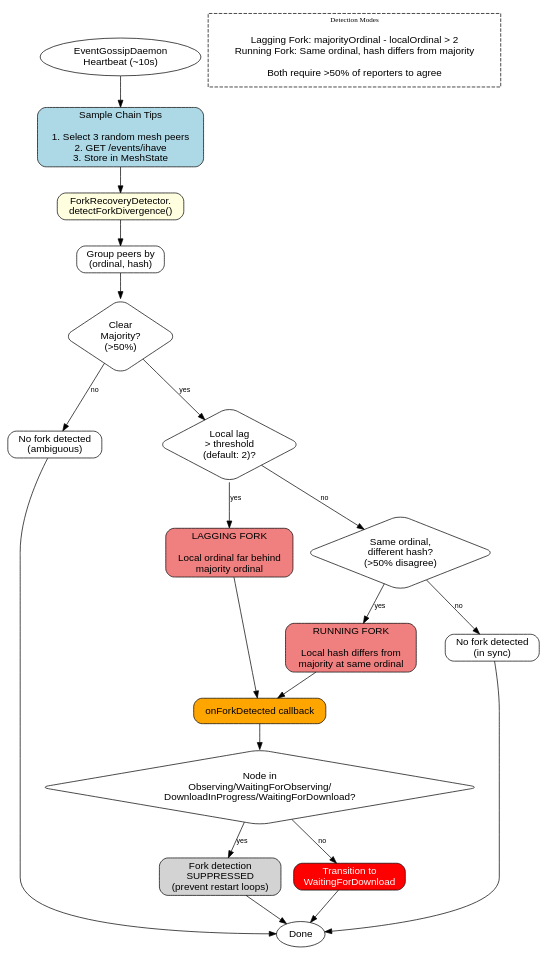
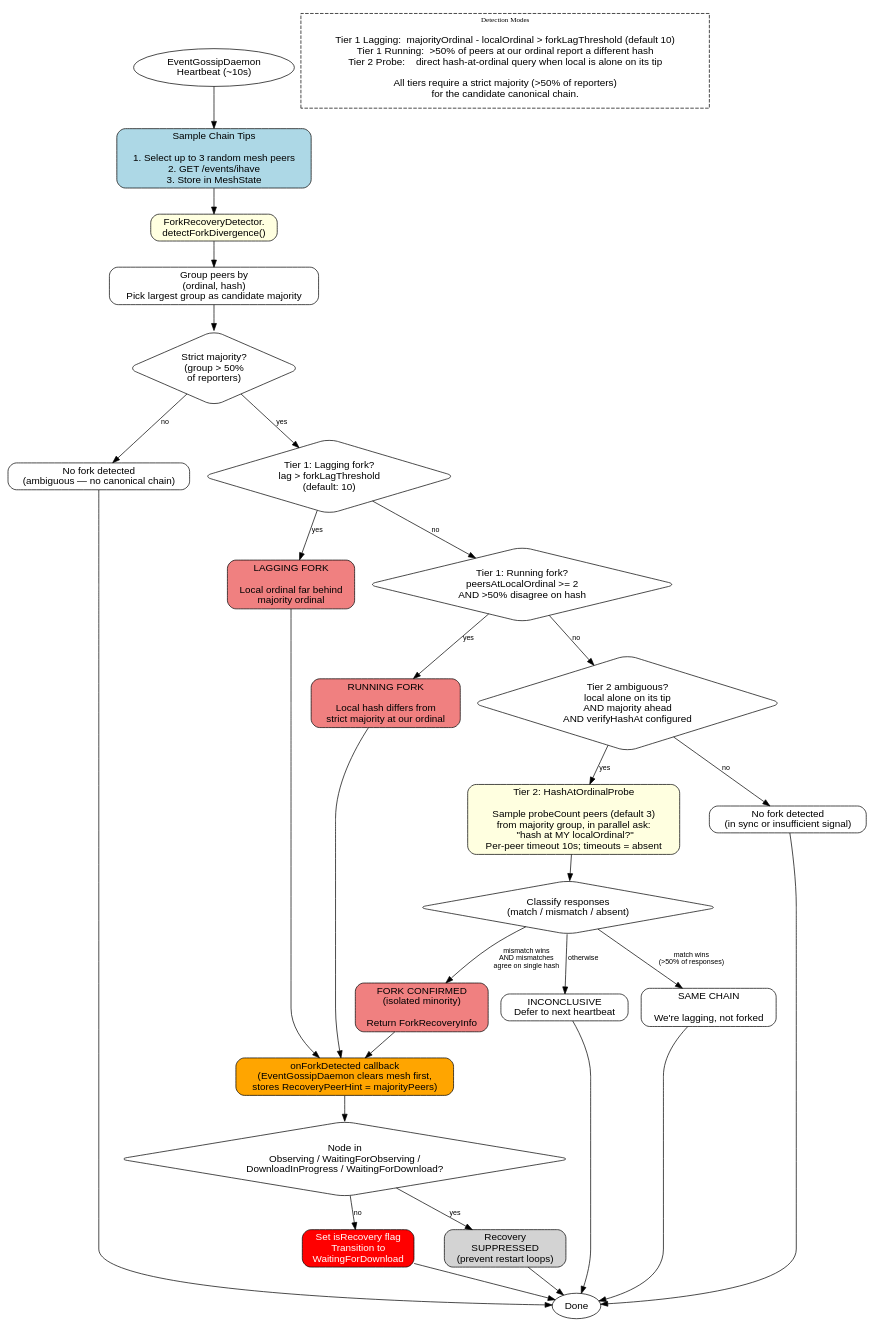
The diagram in docs/consensus/diagrams/fork-detection.dot (Constellation-Labs/tessellation), drawn with Graphviz before and after one commit. The commit also changed 20 other files, not shown here.

First line of the commit message:
docs: refresh consensus docs and diagrams for fork-recovery followup

```diff
--- a/docs/consensus/diagrams/fork-detection.dot
+++ b/docs/consensus/diagrams/fork-detection.dot
@@ -1,82 +1,113 @@
-// Fork Detection Flow
-// Render: dot -Tsvg fork-detection.dot -o fork-detection.svg
+// Fork Detection Flow (gossip/chain-tip channel)
+// Render: dot -Tpng fork-detection.dot -o fork-detection.png
+//
+// This diagram covers the gossip channel: ForkRecoveryDetector consuming
+// chain tips sampled by EventGossipDaemon. The consensus-declarations
+// channel (ConsensusStateUpdater.recoverIfForking, with its
+// forkConfirmationWindow gate) is described in §12 of README.md.
 
 digraph ForkDetection {
     rankdir=TB;
     node [shape=box, style=rounded, fontname="Helvetica"];
     edge [fontname="Helvetica", fontsize=10];
 
     // Heartbeat trigger
     Heartbeat [shape=ellipse, label="EventGossipDaemon\nHeartbeat (~10s)"];
 
     // Chain tip sampling
-    Sample [label="Sample Chain Tips\n\n1. Select 3 random mesh peers\n2. GET /events/ihave\n3. Store in MeshState", style="rounded,filled", fillcolor="lightblue"];
-    
+    Sample [label="Sample Chain Tips\n\n1. Select up to 3 random mesh peers\n2. GET /events/ihave\n3. Store in MeshState", style="rounded,filled", fillcolor="lightblue"];
+
     Heartbeat -> Sample;
 
     // Detection
     Detect [label="ForkRecoveryDetector.\ndetectForkDivergence()", style="rounded,filled", fillcolor="lightyellow"];
-    
+
     Sample -> Detect;
 
     // Grouping
-    Group [label="Group peers by\n(ordinal, hash)"];
-    
+    Group [label="Group peers by\n(ordinal, hash)\nPick largest group as candidate majority"];
+
     Detect -> Group;
 
     // Majority check
-    MajorityCheck [shape=diamond, label="Clear\nMajority?\n(>50%)"];
-    
+    MajorityCheck [shape=diamond, label="Strict majority?\n(group > 50%\nof reporters)"];
+
     Group -> MajorityCheck;
     MajorityCheck -> NoFork [label="no"];
-    NoFork [label="No fork detected\n(ambiguous)"];
+    NoFork [label="No fork detected\n(ambiguous — no canonical chain)"];
     NoFork -> Done;
 
     MajorityCheck -> CheckLag [label="yes"];
 
-    // Lag check
-    CheckLag [shape=diamond, label="Local lag\n> threshold\n(default: 2)?"];
-    
+    // Tier 1: Lag check
+    CheckLag [shape=diamond, label="Tier 1: Lagging fork?\nlag > forkLagThreshold\n(default: 10)"];
+
     CheckLag -> LaggingFork [label="yes"];
     LaggingFork [label="LAGGING FORK\n\nLocal ordinal far behind\nmajority ordinal", style="rounded,filled", fillcolor="lightcoral"];
     LaggingFork -> TriggerRecovery;
 
     CheckLag -> CheckHash [label="no"];
 
-    // Hash divergence check
-    CheckHash [shape=diamond, label="Same ordinal,\ndifferent hash?\n(>50% disagree)"];
-    
+    // Tier 1: Hash divergence check (running fork at same ordinal)
+    CheckHash [shape=diamond, label="Tier 1: Running fork?\npeersAtLocalOrdinal >= 2\nAND >50% disagree on hash"];
+
     CheckHash -> RunningFork [label="yes"];
-    RunningFork [label="RUNNING FORK\n\nLocal hash differs from\nmajority at same ordinal", style="rounded,filled", fillcolor="lightcoral"];
+    RunningFork [label="RUNNING FORK\n\nLocal hash differs from\nstrict majority at our ordinal", style="rounded,filled", fillcolor="lightcoral"];
     RunningFork -> TriggerRecovery;
 
-    CheckHash -> NoFork2 [label="no"];
-    NoFork2 [label="No fork detected\n(in sync)"];
+    CheckHash -> CheckAmbiguous [label="no"];
+
+    // Tier 2 entry condition
+    CheckAmbiguous [shape=diamond, label="Tier 2 ambiguous?\nlocal alone on its tip\nAND majority ahead\nAND verifyHashAt configured"];
+
+    CheckAmbiguous -> NoFork2 [label="no"];
+    NoFork2 [label="No fork detected\n(in sync or insufficient signal)"];
     NoFork2 -> Done;
 
+    CheckAmbiguous -> Probe [label="yes"];
+
+    // Tier 2: hash-at-ordinal probe
+    Probe [label="Tier 2: HashAtOrdinalProbe\n\nSample probeCount peers (default 3)\nfrom majority group, in parallel ask:\n  \"hash at MY localOrdinal?\"\nPer-peer timeout 10s; timeouts = absent", style="rounded,filled", fillcolor="lightyellow"];
+
+    Probe -> ProbeClassify;
+
+    ProbeClassify [shape=diamond, label="Classify responses\n(match / mismatch / absent)"];
+
+    ProbeClassify -> ProbeMatch [label="match wins\n(>50% of responses)"];
+    ProbeMatch [label="SAME CHAIN\n\nWe're lagging, not forked"];
+    ProbeMatch -> Done;
+
+    ProbeClassify -> ProbeMismatch [label="mismatch wins\nAND mismatches\nagree on single hash"];
+    ProbeMismatch [label="FORK CONFIRMED\n(isolated minority)\n\nReturn ForkRecoveryInfo", style="rounded,filled", fillcolor="lightcoral"];
+    ProbeMismatch -> TriggerRecovery;
+
+    ProbeClassify -> ProbeIncon [label="otherwise"];
+    ProbeIncon [label="INCONCLUSIVE\nDefer to next heartbeat"];
+    ProbeIncon -> Done;
+
     // Recovery trigger
-    TriggerRecovery [label="onForkDetected callback", style="rounded,filled", fillcolor="orange"];
+    TriggerRecovery [label="onForkDetected callback\n(EventGossipDaemon clears mesh first,\nstores RecoveryPeerHint = majorityPeers)", style="rounded,filled", fillcolor="orange"];
 
     // State guard
-    StateGuard [shape=diamond, label="Node in\nObserving/WaitingForObserving/\nDownloadInProgress/WaitingForDownload?"];
-    
+    StateGuard [shape=diamond, label="Node in\nObserving / WaitingForObserving /\nDownloadInProgress / WaitingForDownload?"];
+
     TriggerRecovery -> StateGuard;
     StateGuard -> Suppressed [label="yes"];
-    Suppressed [label="Fork detection\nSUPPRESSED\n(prevent restart loops)", style="rounded,filled", fillcolor="lightgray"];
+    Suppressed [label="Recovery\nSUPPRESSED\n(prevent restart loops)", style="rounded,filled", fillcolor="lightgray"];
     Suppressed -> Done;
 
     StateGuard -> WaitForDownload [label="no"];
-    WaitForDownload [label="Transition to\nWaitingForDownload", style="rounded,filled", fillcolor="red", fontcolor="white"];
+    WaitForDownload [label="Set isRecovery flag\nTransition to\nWaitingForDownload", style="rounded,filled", fillcolor="red", fontcolor="white"];
     WaitForDownload -> Done;
 
     Done [shape=ellipse, label="Done"];
 
     // Detection modes summary
     subgraph cluster_modes {
         label="Detection Modes";
         style=dashed;
         fontsize=10;
-        
-        ModesNote [shape=plaintext, label="Lagging Fork: majorityOrdinal - localOrdinal > 2\nRunning Fork: Same ordinal, hash differs from majority\n\nBoth require >50% of reporters to agree"];
+
+        ModesNote [shape=plaintext, label="Tier 1 Lagging:  majorityOrdinal - localOrdinal > forkLagThreshold (default 10)\nTier 1 Running:  >50% of peers at our ordinal report a different hash\nTier 2 Probe:    direct hash-at-ordinal query when local is alone on its tip\n\nAll tiers require a strict majority (>50% of reporters)\nfor the candidate canonical chain."];
     }
 }
```
